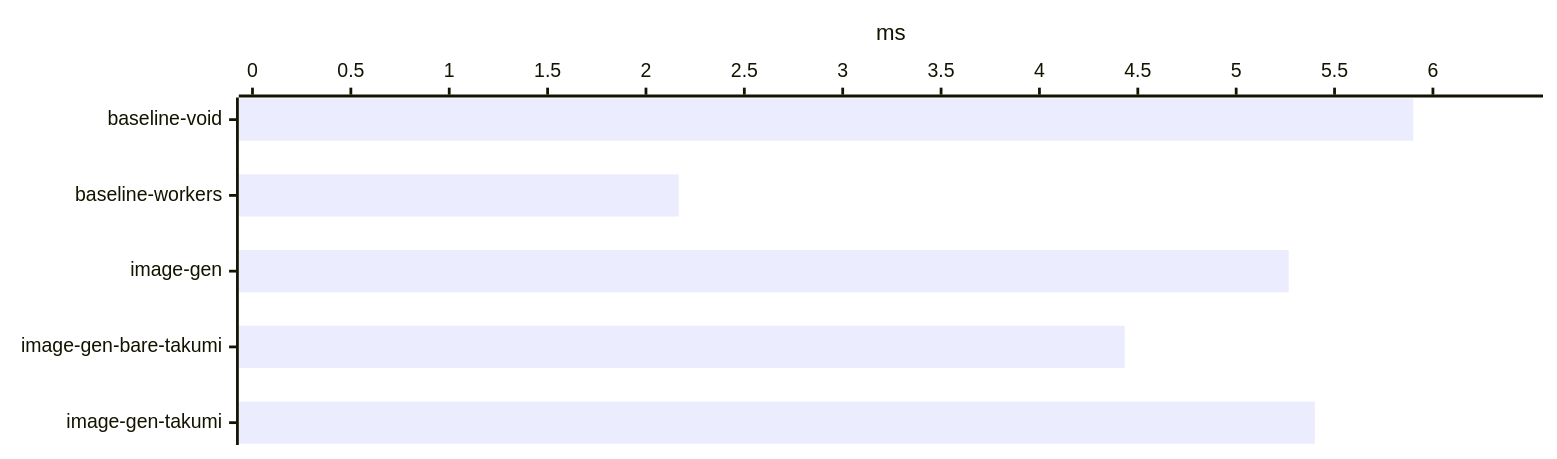
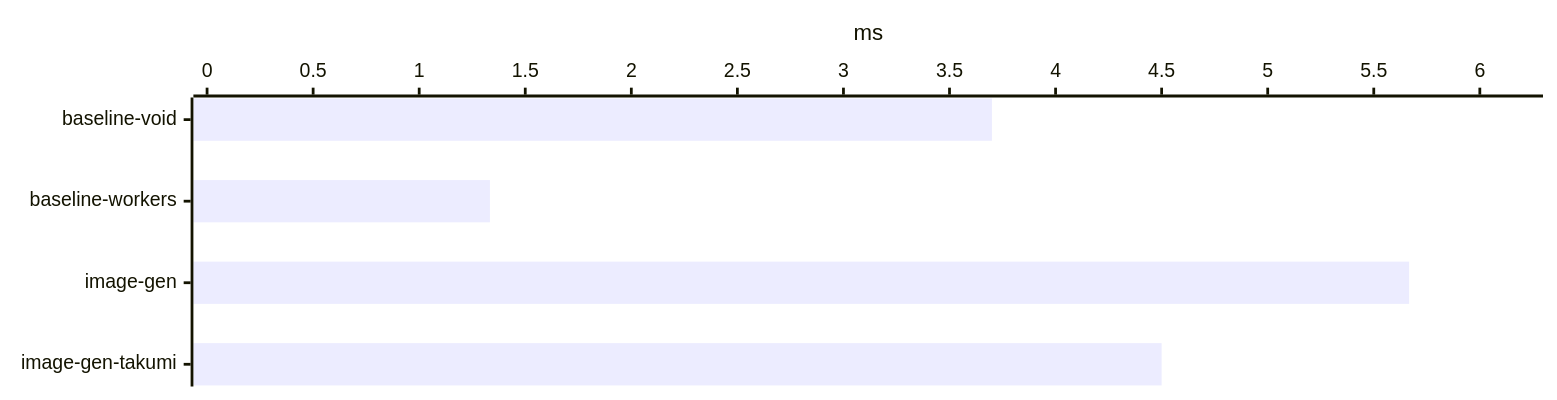
The fifth of 25 diagrams in benchmark/report.md (voidzero-dev/void), drawn with Mermaid before and after one commit. The commit also changed other lines of this file and 6 other files, not shown here.

````diff
--- a/benchmark/report.md
+++ b/benchmark/report.md
@@ -102,12 +100,12 @@
 ```mermaid
 ---
 config:
   xyChart:
     width: 1100
-    height: 310
+    height: 268
 ---
 xychart-beta horizontal
-    x-axis ["baseline-void", "baseline-workers", "image-gen", "image-gen-bare-takumi", "image-gen-takumi"]
-    y-axis "ms" 0 --> 6.49
-    bar [5.9, 2.1666667, 5.2666667, 4.4333333, 5.4]
+    x-axis ["baseline-void", "baseline-workers", "image-gen", "image-gen-takumi"]
+    y-axis "ms" 0 --> 6.2333333
+    bar [3.7, 1.3333333, 5.6666667, 4.5]
 ```
````
